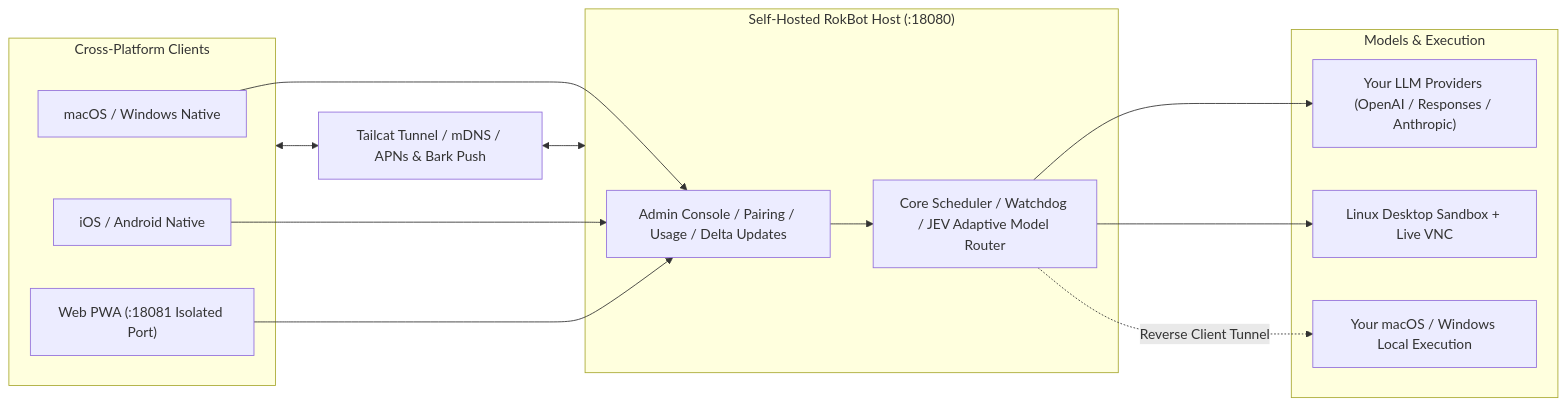
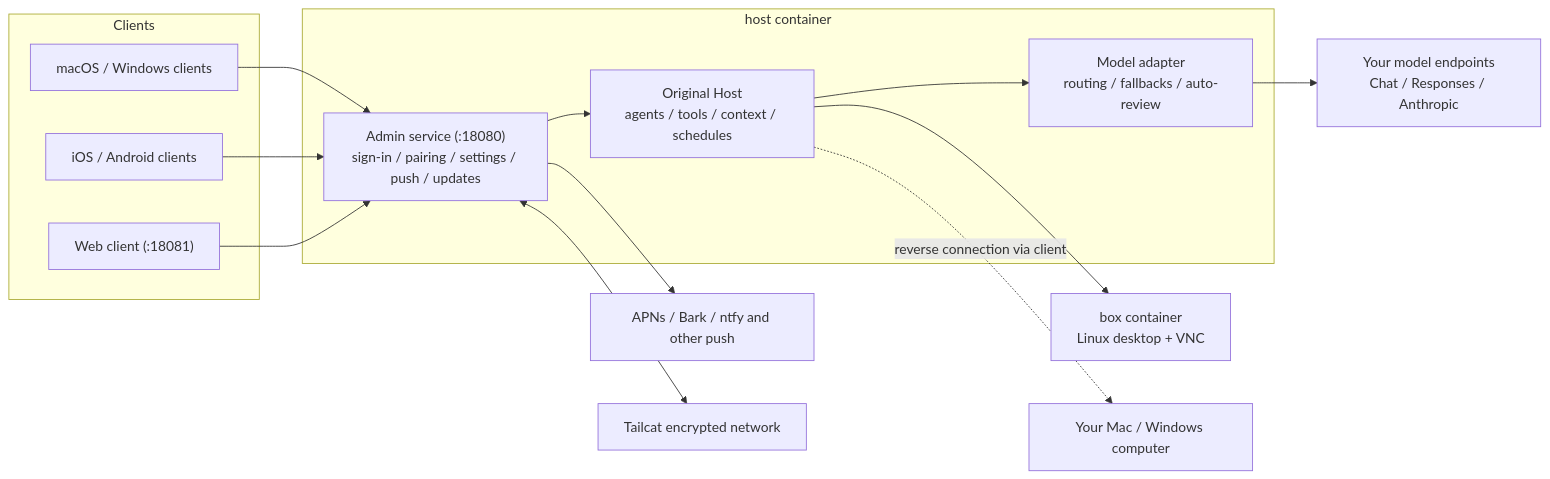
One commit to bguisad/rokbot changed the diagram in README.en.md. Above: the diagram before and after it, drawn with Mermaid. The commit also changed other lines of this file and 47 other files, not shown here.

````diff
--- a/README.en.md
+++ b/README.en.md
@@ -165,31 +212,24 @@
 ```mermaid
 flowchart LR
-  subgraph Clients["Cross-Platform Clients"]
-    Desktop["macOS / Windows Native"]
-    Mobile["iOS / Android Native"]
-    Web["Web PWA (:18081 Isolated Port)"]
+  subgraph Clients["Clients"]
+    Desktop["macOS / Windows clients"]
+    Mobile["iOS / Android clients"]
+    Web["Web client (:18081)"]
   end
 
-  subgraph Server["Self-Hosted RokBot Host (:18080)"]
-    Admin["Admin Console / Pairing / Usage / Delta Updates"]
-    Router["Core Scheduler / Watchdog / JEV Adaptive Model Router"]
-    Admin --> Router
+  subgraph HostC["host container"]
+    Admin["Admin service (:18080)<br/>sign-in / pairing / settings / push / updates"]
+    Core["Original Host<br/>agents / tools / context / schedules"]
+    Adapter["Model adapter<br/>routing / fallbacks / auto-review"]
+    Admin --> Core --> Adapter
   end
-
-  subgraph Execution["Models & Execution"]
-    Models["Your LLM Providers (OpenAI / Responses / Anthropic)"]
-    Box["Linux Desktop Sandbox + Live VNC"]
-    LocalPC["Your macOS / Windows Local Execution"]
-  end
-
-  Tunnel["Tailcat Tunnel / mDNS / APNs & Bark Push"]
 
   Desktop --> Admin
   Mobile --> Admin
   Web --> Admin
-  Clients <--> Tunnel
-  Tunnel <--> Server
-  Router --> Models
-  Router --> Box
-  Router -.Reverse Client Tunnel.-> LocalPC
+  Adapter --> Models["Your model endpoints<br/>Chat / Responses / Anthropic"]
+  Core --> Box["box container<br/>Linux desktop + VNC"]
+  Core -.reverse connection via client.-> PC["Your Mac / Windows computer"]
+  Admin --> Push["APNs / Bark / ntfy and other push"]
+  Admin <--> Tailcat["Tailcat encrypted network"]
 ```
````
